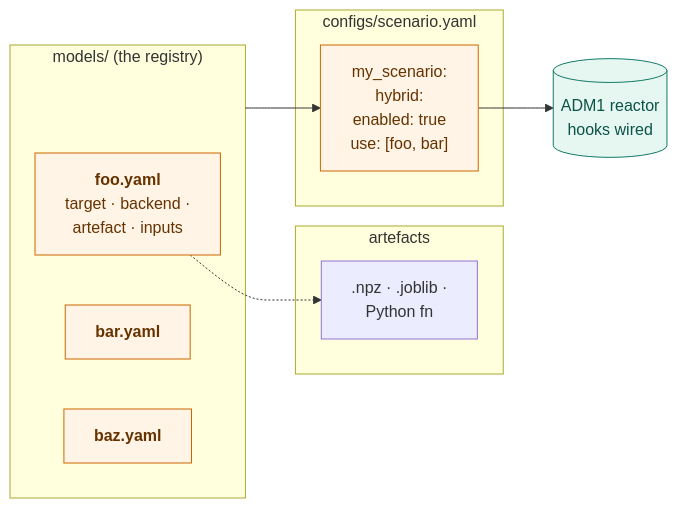
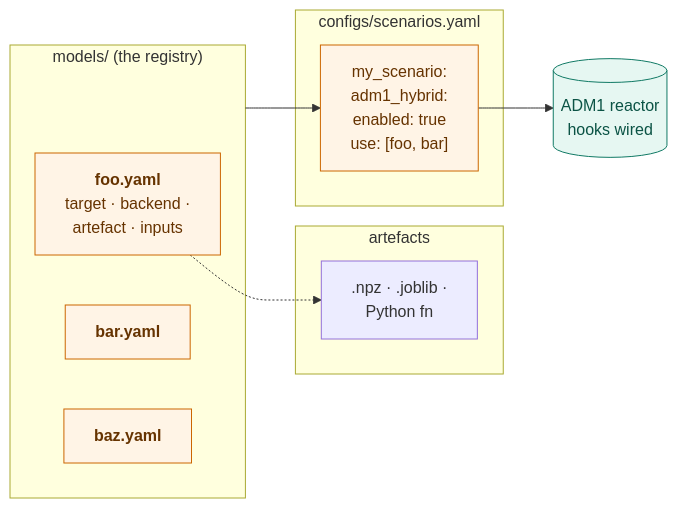
Before and after one commit to stamm-4m/model-adm1: the second of 2 diagrams in docs/hybrid.md, drawn with Mermaid. The commit also changed other lines of this file and 57 other files, not shown here.

````diff
--- a/docs/hybrid.md
+++ b/docs/hybrid.md
@@ -40,23 +40,23 @@
 ```mermaid
 flowchart LR
     subgraph models["models/  (the registry)"]
         m1["<b>foo.yaml</b><br/>target · backend ·<br/>artefact · inputs"]
         m2["<b>bar.yaml</b>"]
         m3["<b>baz.yaml</b>"]
     end
     subgraph art["artefacts"]
         a1[".npz · .joblib ·<br/>Python fn"]
     end
     m1 -.-> a1
 
-    subgraph sc["configs/scenario.yaml"]
-        s1["my_scenario:<br/>  hybrid:<br/>    enabled: true<br/>    use: [foo, bar]"]
+    subgraph sc["configs/scenarios.yaml"]
+        s1["my_scenario:<br/>  adm1_hybrid:<br/>    enabled: true<br/>    use: [foo, bar]"]
     end
     models --> s1
     s1 --> rx[(ADM1 reactor<br/>hooks wired)]
 
     classDef yaml fill:#fff4e6,stroke:#cc6600,color:#663300
     classDef code fill:#e6f7f2,stroke:#117a65,color:#0b5345
     class m1,m2,m3,s1 yaml
     class rx code
 ```
````
